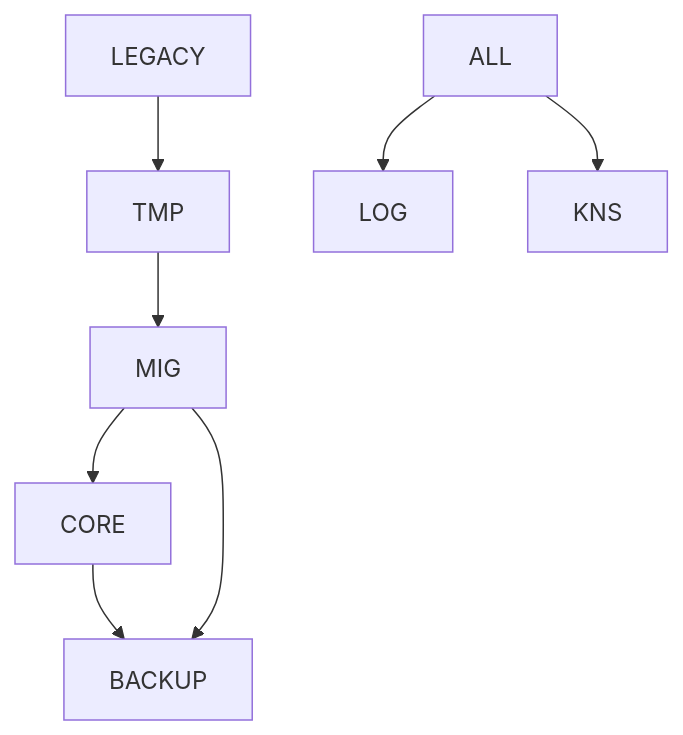
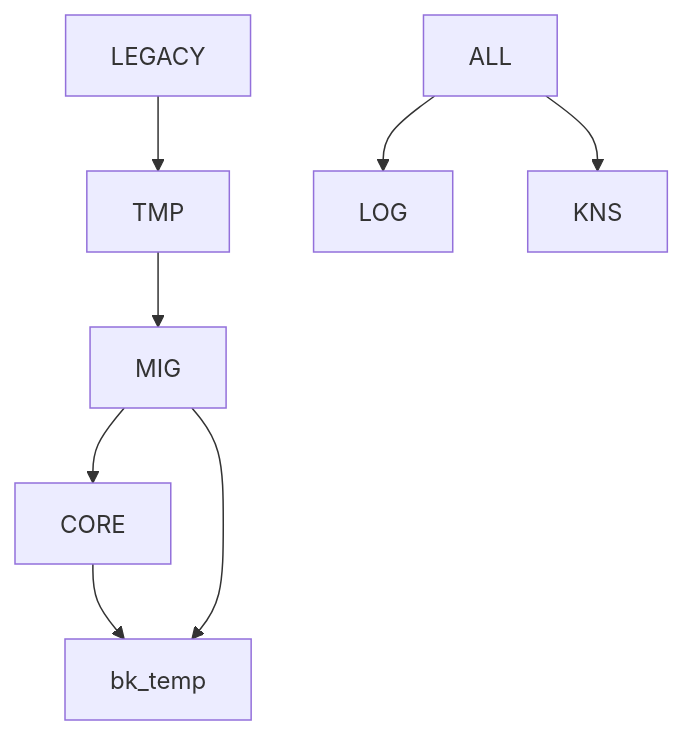
The diagram in core/data/crossref_mapping_buckets_aingz_platform_v_1_20250731.md (gazton33/AingZ_Platform), drawn with Mermaid before and after one commit. The commit also changed other lines of this file and 199 other files, not shown here.

````diff
--- a/core/data/crossref_mapping_buckets_aingz_platform_v_1_20250731.md
+++ b/core/data/crossref_mapping_buckets_aingz_platform_v_1_20250731.md
@@ -65,10 +65,10 @@
 ```mermaid
 flowchart TD
     LEGACY --> TMP
     TMP --> MIG
     MIG --> CORE
-    CORE --> BACKUP
-    MIG --> BACKUP
+    CORE --> bk_temp
+    MIG --> bk_temp
     ALL --> LOG
     ALL --> KNS
 ```
````
